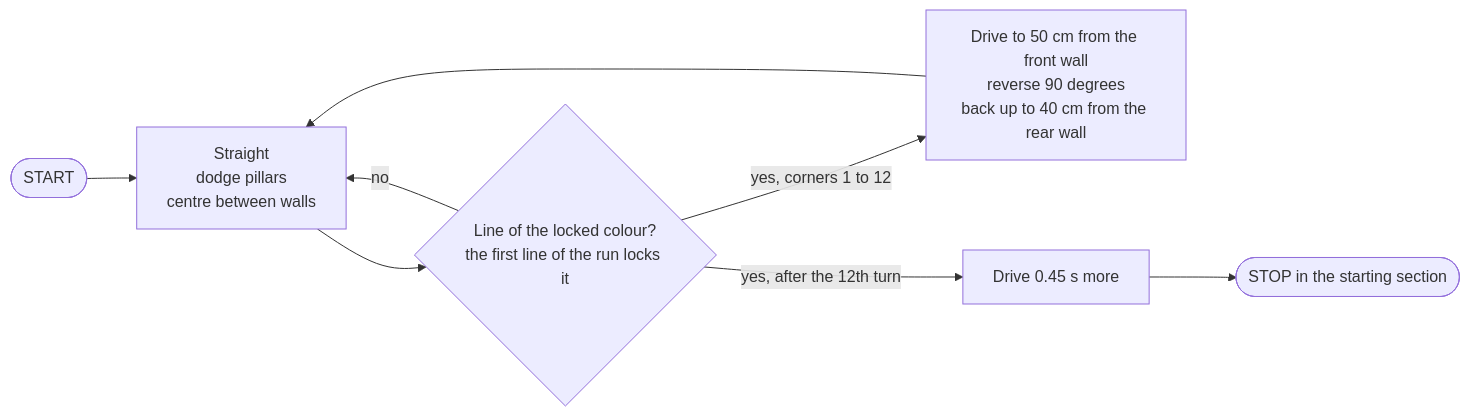
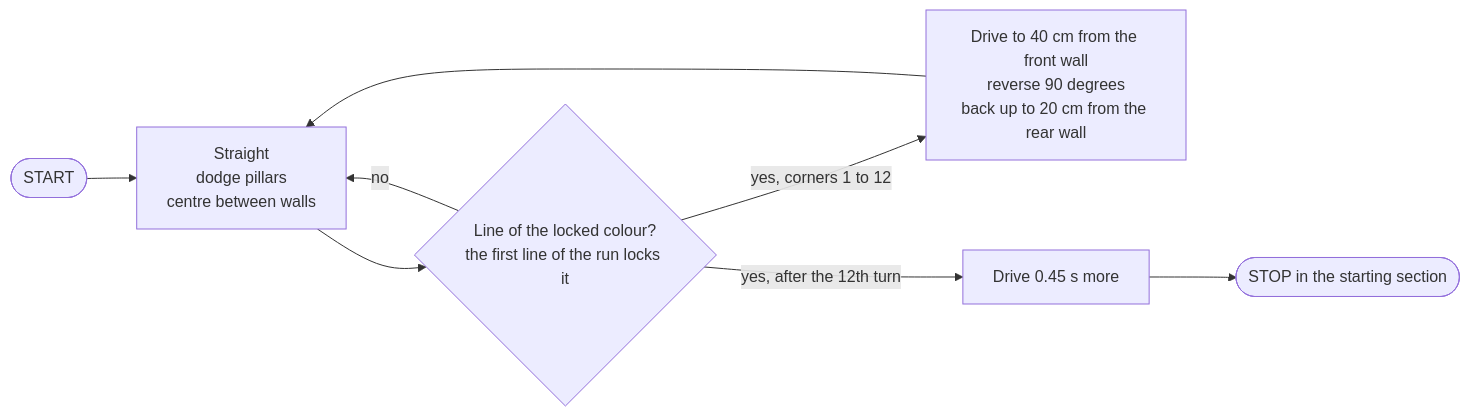
Before and after one commit to henryalejandrorieraloza-sudo/WRO-2026-Future-Engineers-Journal: the third of 4 diagrams in README.md, drawn with Mermaid. The commit also changed other lines of this file and 6 other files, not shown here.

````diff
--- a/README.md
+++ b/README.md
@@ -591,10 +591,10 @@
 ```mermaid
 flowchart LR
     S([START]) --> A["Straight<br>dodge pillars<br>centre between walls"]
     A --> L{Line of the locked colour?<br>the first line of the run locks it}
     L -- no --> A
-    L -- "yes, corners 1 to 12" --> T["Drive to 50 cm from the front wall<br>reverse 90 degrees<br>back up to 40 cm from the rear wall"]
+    L -- "yes, corners 1 to 12" --> T["Drive to 40 cm from the front wall<br>reverse 90 degrees<br>back up to 20 cm from the rear wall"]
     T --> A
     L -- "yes, after the 12th turn" --> F["Drive 0.45 s more"]
     F --> E([STOP in the starting section])
 ```
````
